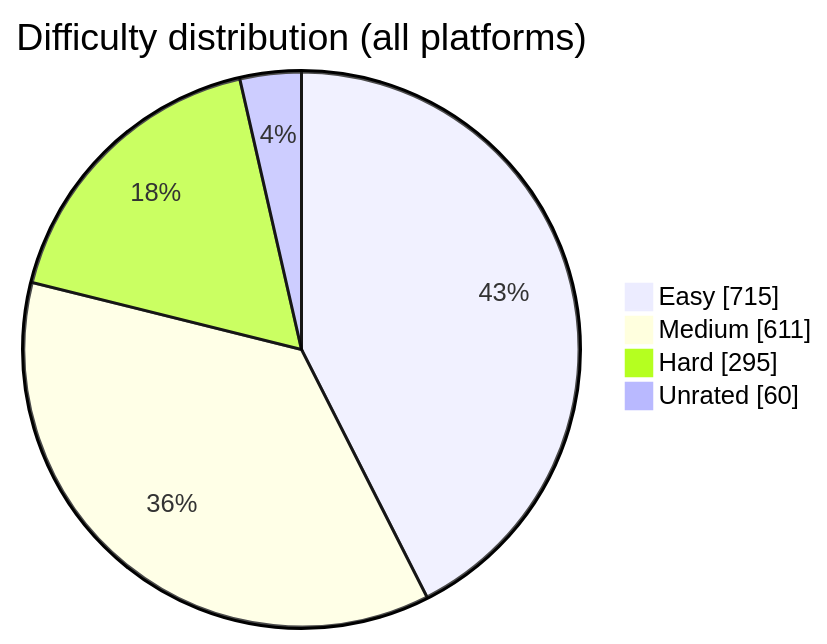
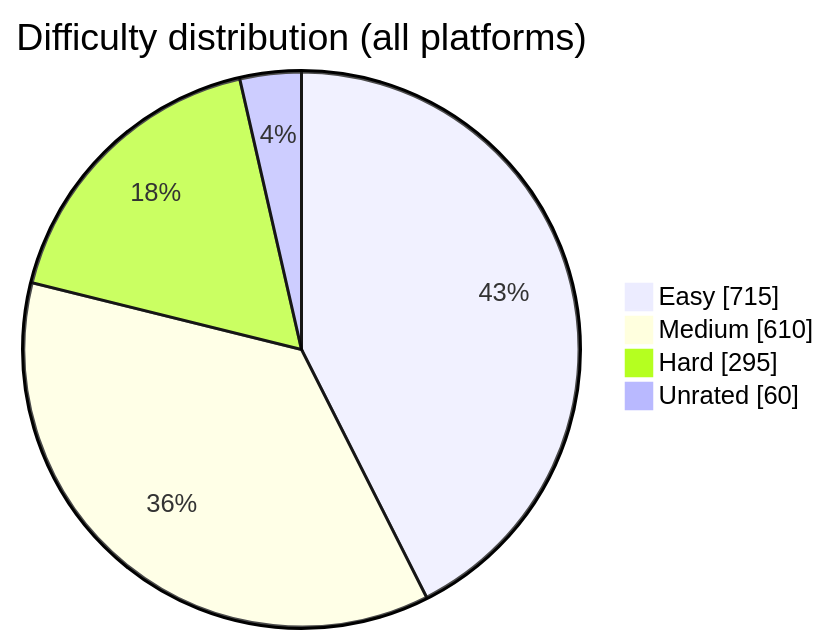
Before and after one commit to BuildbyArindam/Daily-Coding-Log: the diagram in README.md, drawn with Mermaid. The commit also changed other lines of this file, not shown here.

````diff
--- a/README.md
+++ b/README.md
@@ -93,7 +93,7 @@
 ```mermaid
 pie showData title Difficulty distribution (all platforms)
     "Easy" : 715
-    "Medium" : 611
+    "Medium" : 610
     "Hard" : 295
     "Unrated" : 60
 ```
````
